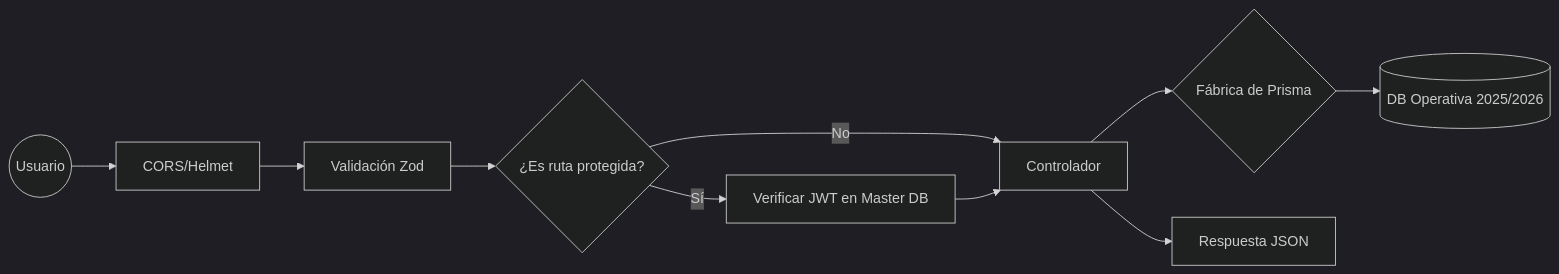
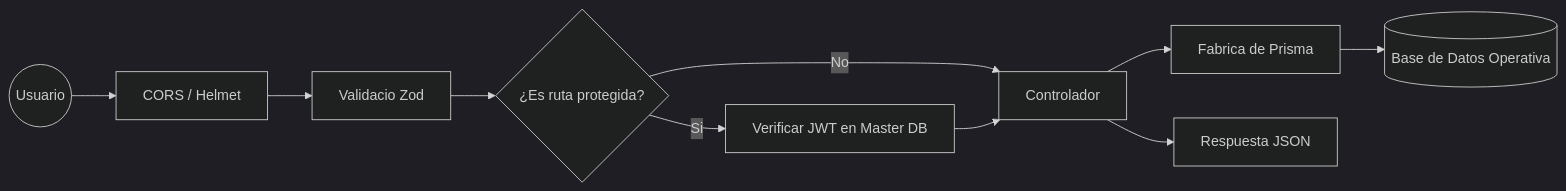
Before and after one commit to DaniDev-19/SICIC-INSAI-V2.0: the diagram in backend/docs/arquitectura_flujo.md, drawn with Mermaid (dark theme). The commit also changed other lines of this file and 1 other file, not shown here.

Commit message:
docs: fix mermaid syntax and headers

````diff
--- a/backend/docs/arquitectura_flujo.md
+++ b/backend/docs/arquitectura_flujo.md
@@ -47,12 +48,12 @@
 ```mermaid
 graph LR
-    User((Usuario)) --> FW[CORS/Helmet]
-    FW --> VAL[Validación Zod]
+    User((Usuario)) --> FW[CORS / Helmet]
+    FW --> VAL[Validacio Zod]
     VAL --> AUTH{¿Es ruta protegida?}
-    AUTH -- Sí --> JWT[Verificar JWT en Master DB]
+    AUTH -- Si --> JWT[Verificar JWT en Master DB]
     AUTH -- No --> CTRL[Controlador]
     JWT --> CTRL
-    CTRL --> DB_FACTORY{Fábrica de Prisma}
-    DB_FACTORY --> DB_OP[(DB Operativa 2025/2026)]
+    CTRL --> DB_FACTORY[Fabrica de Prisma]
+    DB_FACTORY --> DB_OP[("Base de Datos Operativa")]
     CTRL --> Res[Respuesta JSON]
 ```
````
